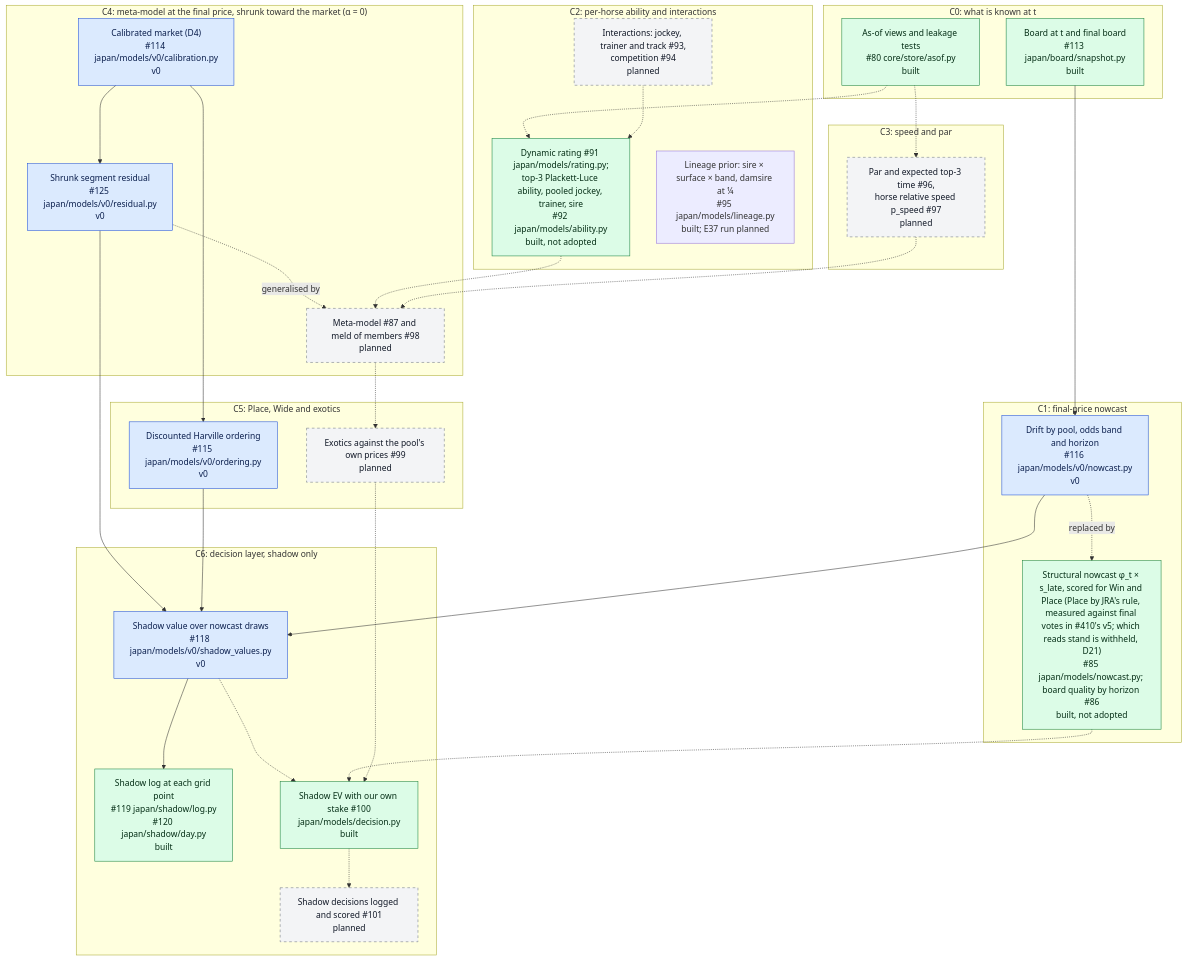
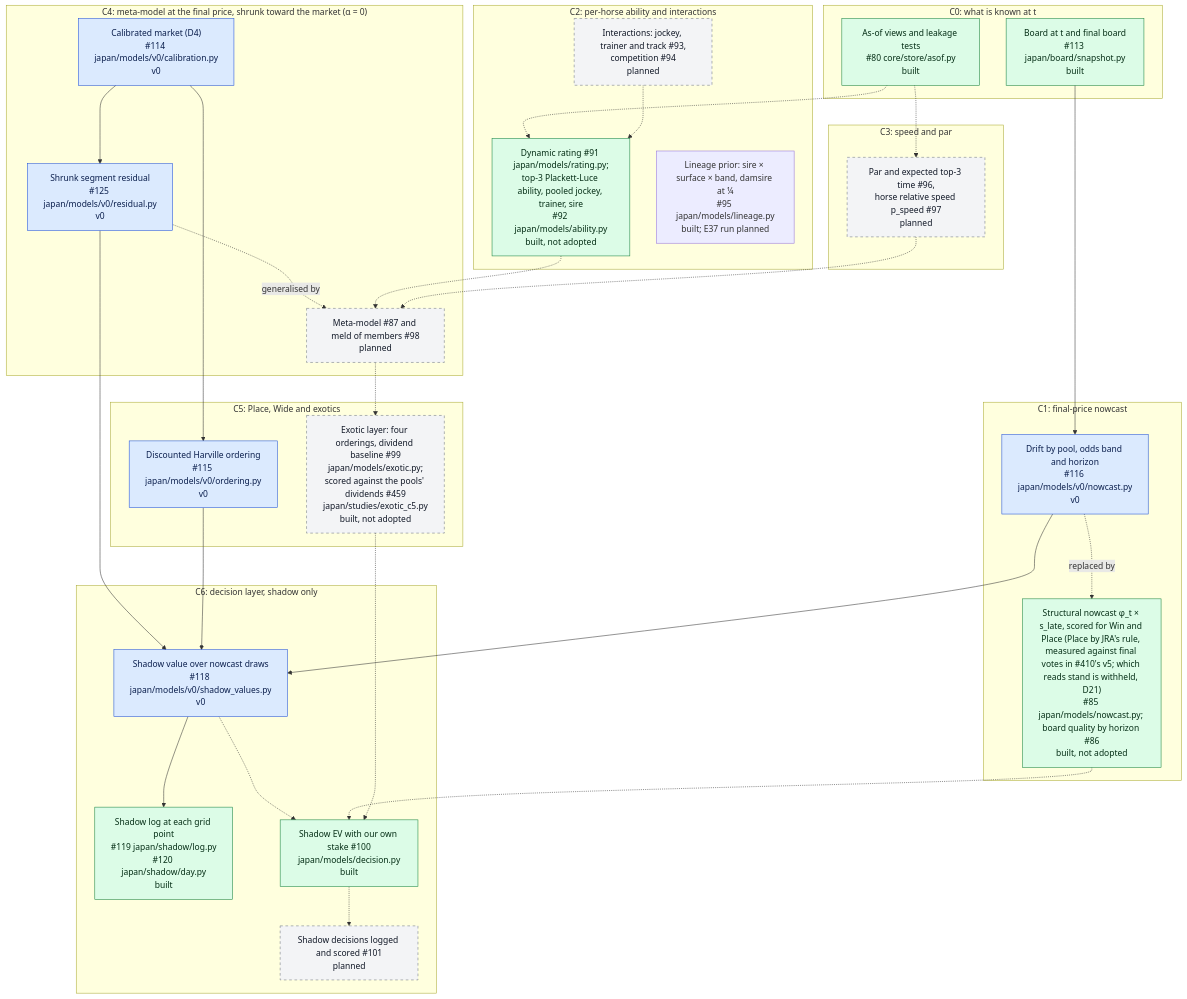
Before and after one commit to rjeskuri/HorseTrackBetting: the second of 6 diagrams in docs/modeling.md, drawn with Mermaid. The commit also changed other lines of this file and 1 other file, not shown here.

First line of the commit message:
Draw C5's dividend run in modeling.md and the model card (#459)

````diff
--- a/docs/modeling.md
+++ b/docs/modeling.md
@@ -71,60 +71,60 @@
 ```mermaid
 flowchart TB
     subgraph L0["C0: what is known at t"]
         ASOF["As-of views and leakage tests<br/>#80 core/store/asof.py<br/>built"]
         BOARD["Board at t and final board<br/>#113 japan/board/snapshot.py<br/>built"]
     end
     subgraph L1["C1: final-price nowcast"]
         NC0["Drift by pool, odds band and horizon<br/>#116 japan/models/v0/nowcast.py<br/>v0"]
         NC1["Structural nowcast φ_t × s_late, scored for Win and Place (Place by JRA's rule, measured against final votes in #410's v5; which reads stand is withheld, D21)<br/>#85 japan/models/nowcast.py; board quality by horizon #86<br/>built, not adopted"]
     end
     subgraph L2["C2: per-horse ability and interactions"]
         ABIL["Dynamic rating #91 japan/models/rating.py;<br/>top-3 Plackett-Luce ability, pooled jockey, trainer, sire<br/>#92 japan/models/ability.py<br/>built, not adopted"]
         INTR["Interactions: jockey, trainer and track #93,<br/>competition #94<br/>planned"]
         LIN["Lineage prior: sire × surface × band, damsire at ¼<br/>#95 japan/models/lineage.py<br/>built; E37 run planned"]
     end
     subgraph L3["C3: speed and par"]
         SPEED["Par and expected top-3 time #96,<br/>horse relative speed p_speed #97<br/>planned"]
     end
     subgraph L4["C4: meta-model at the final price, shrunk toward the market (α = 0)"]
         CAL["Calibrated market (D4)<br/>#114 japan/models/v0/calibration.py<br/>v0"]
         RES["Shrunk segment residual<br/>#125 japan/models/v0/residual.py<br/>v0"]
         META["Meta-model #87 and meld of members #98<br/>planned"]
     end
     subgraph L5["C5: Place, Wide and exotics"]
         ORD["Discounted Harville ordering<br/>#115 japan/models/v0/ordering.py<br/>v0"]
-        EXO["Exotics against the pool's own prices #99<br/>planned"]
+        EXO["Exotic layer: four orderings, dividend baseline #99<br/>japan/models/exotic.py;<br/>scored against the pools' dividends #459<br/>japan/studies/exotic_c5.py<br/>built, not adopted"]
     end
     subgraph L6["C6: decision layer, shadow only"]
         SV["Shadow value over nowcast draws<br/>#118 japan/models/v0/shadow_values.py<br/>v0"]
         SLOG["Shadow log at each grid point<br/>#119 japan/shadow/log.py<br/>#120 japan/shadow/day.py<br/>built"]
         STAKE["Shadow EV with our own stake #100<br/>japan/models/decision.py<br/>built"]
         SDEC["Shadow decisions logged and scored #101<br/>planned"]
     end
     BOARD --> NC0
     NC0 -.->|"replaced by"| NC1
     ASOF -.-> ABIL
     INTR -.-> ABIL
     ASOF -.-> SPEED
     CAL --> RES
     CAL --> ORD
     RES -.->|"generalised by"| META
     ABIL -.-> META
     SPEED -.-> META
     META -.-> EXO
     RES --> SV
     ORD --> SV
     NC0 --> SV
     SV --> SLOG
     SV -.-> STAKE
     NC1 -.-> STAKE
     EXO -.-> STAKE
     STAKE -.-> SDEC
 
     classDef v0 fill:#dbeafe,stroke:#1d4ed8,color:#0b1f4d
     classDef built fill:#dcfce7,stroke:#15803d,color:#052e16
     classDef planned fill:#f3f4f6,stroke:#6b7280,stroke-dasharray: 5 5,color:#111827
     class NC0,CAL,RES,ORD,SV v0
     class ASOF,BOARD,SLOG,NC1,ABIL,STAKE built
     class INTR,SPEED,META,EXO,SDEC planned
 ```
````
